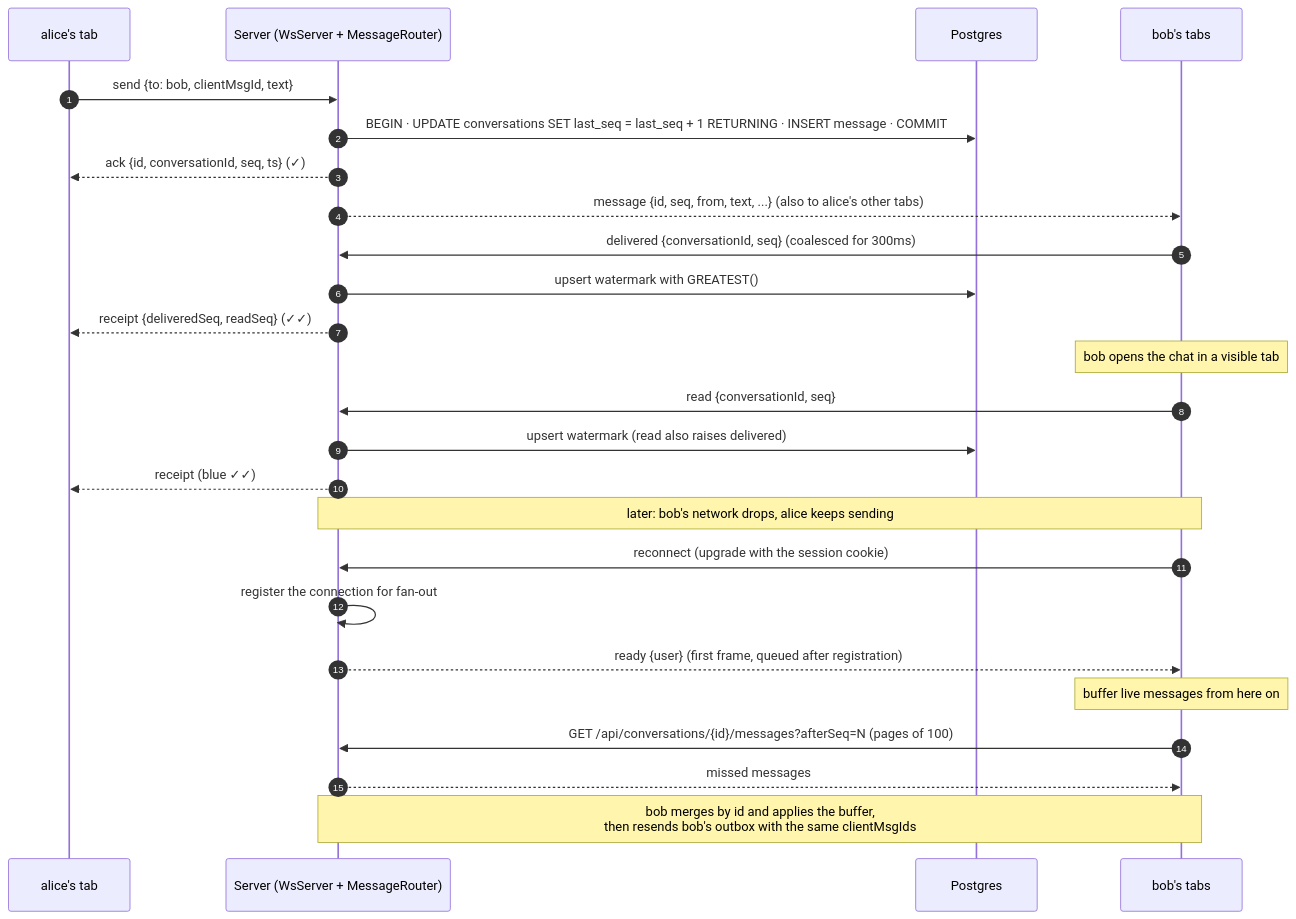
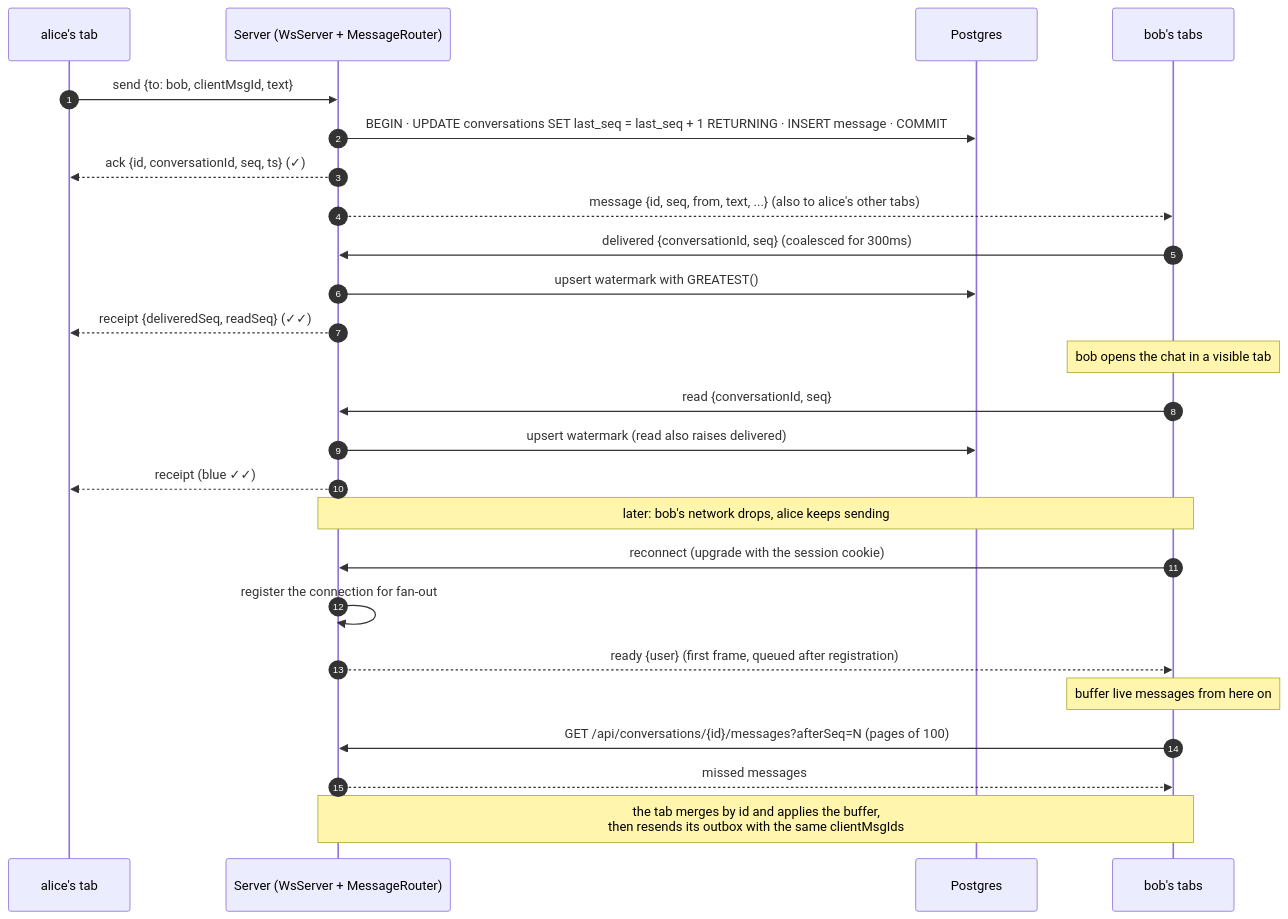
Before and after one commit to fnotess/realtime-chat: the second of 2 diagrams in README.md, drawn with Mermaid.

Commit message:
readme update

````diff
--- a/README.md
+++ b/README.md
@@ -120,29 +120,29 @@
 ```mermaid
 sequenceDiagram
     autonumber
     participant A as alice's tab
     participant S as Server (WsServer + MessageRouter)
     participant DB as Postgres
     participant B as bob's tabs
 
     A->>S: send {to: bob, clientMsgId, text}
     S->>DB: BEGIN · UPDATE conversations SET last_seq = last_seq + 1 RETURNING · INSERT message · COMMIT
     S-->>A: ack {id, conversationId, seq, ts}  (✓)
     S-->>B: message {id, seq, from, text, ...}  (also to alice's other tabs)
     B->>S: delivered {conversationId, seq}  (coalesced for 300ms)
     S->>DB: upsert watermark with GREATEST()
     S-->>A: receipt {deliveredSeq, readSeq}  (✓✓)
     Note over B: bob opens the chat in a visible tab
     B->>S: read {conversationId, seq}
     S->>DB: upsert watermark (read also raises delivered)
     S-->>A: receipt  (blue ✓✓)
 
     Note over B,S: later: bob's network drops, alice keeps sending
     B->>S: reconnect (upgrade with the session cookie)
     S->>S: register the connection for fan-out
     S-->>B: ready {user}  (first frame, queued after registration)
     Note over B: buffer live messages from here on
     B->>S: GET /api/conversations/{id}/messages?afterSeq=N (pages of 100)
     S-->>B: missed messages
-    Note over S,B: bob merges by id and applies the buffer,<br/>then resends bob's outbox with the same clientMsgIds
+    Note over S,B: the tab merges by id and applies the buffer,<br/>then resends its outbox with the same clientMsgIds
 ```
````
